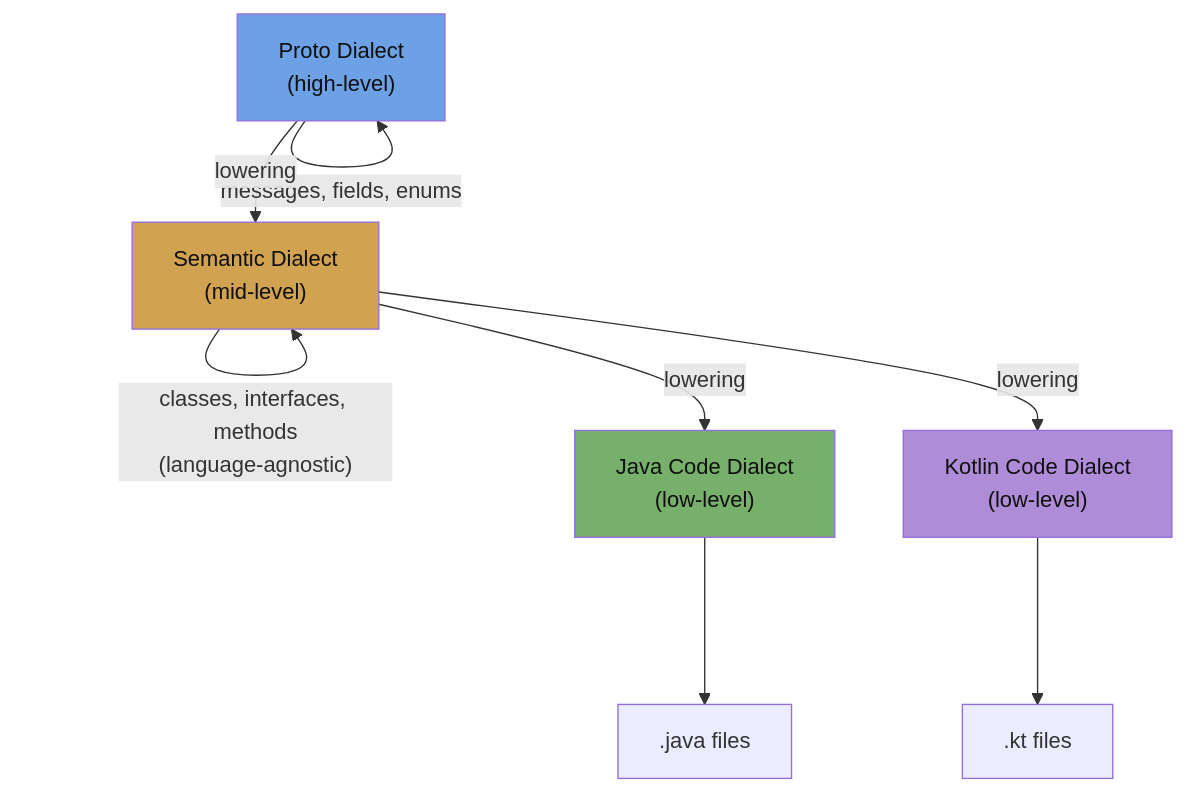
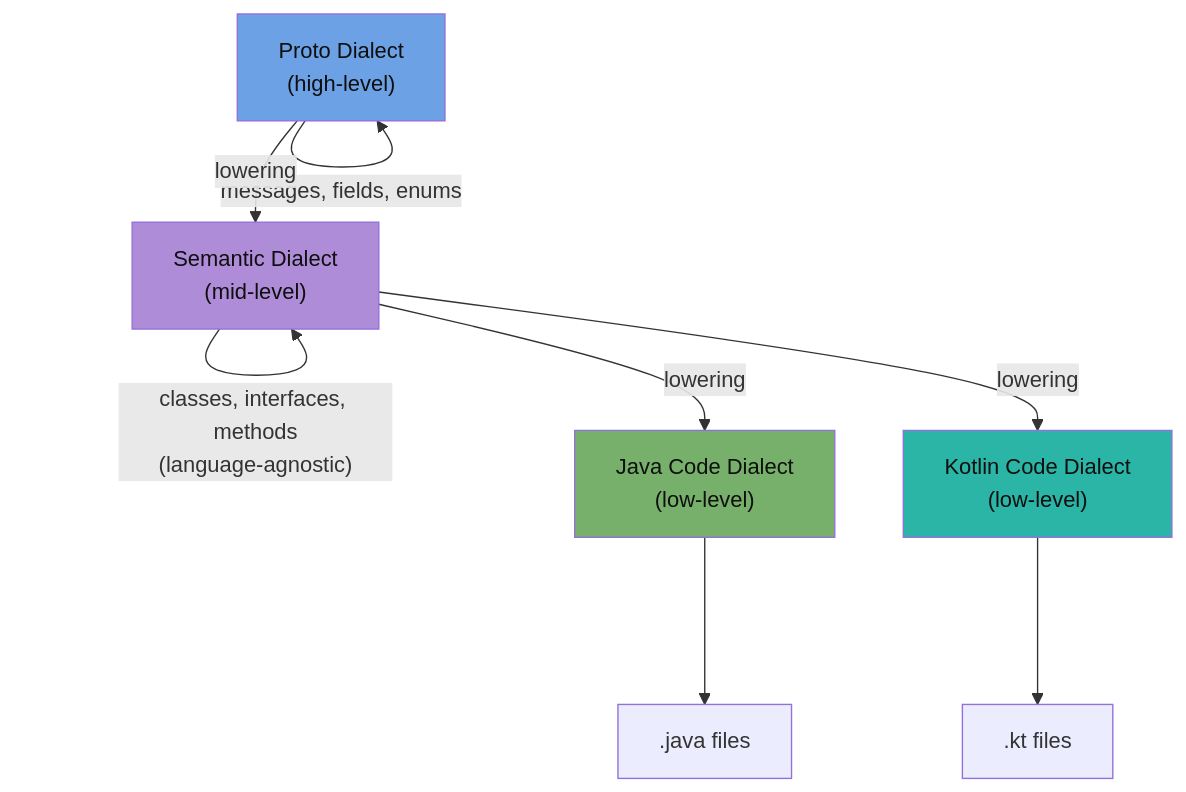
Before and after one commit to alnovis/nebula: the second of 5 diagrams in content/blog/compiler-ideas-for-code-generation.md, drawn with Mermaid. The commit also changed other lines of this file and 20 other files, not shown here.

````diff
--- a/content/blog/compiler-ideas-for-code-generation.md
+++ b/content/blog/compiler-ideas-for-code-generation.md
@@ -52,22 +52,22 @@
 ```mermaid
 flowchart TB
     P["Proto Dialect\n(high-level)"]
     S["Semantic Dialect\n(mid-level)"]
     JC["Java Code Dialect\n(low-level)"]
     KC["Kotlin Code Dialect\n(low-level)"]
     JF[".java files"]
     KF[".kt files"]
 
     P -- "messages, fields, enums" --> P
     P -- "lowering" --> S
     S -- "classes, interfaces, methods\n(language-agnostic)" --> S
     S -- "lowering" --> JC
     S -- "lowering" --> KC
     JC --> JF
     KC --> KF
 
     style P fill:#6ca1e5,color:#0f0f0f
-    style S fill:#d1a24f,color:#0f0f0f
+    style S fill:#af8cd8,color:#0f0f0f
     style JC fill:#77b06a,color:#0f0f0f
-    style KC fill:#af8cd8,color:#0f0f0f
+    style KC fill:#2ab5a6,color:#0f0f0f
 ```
````
